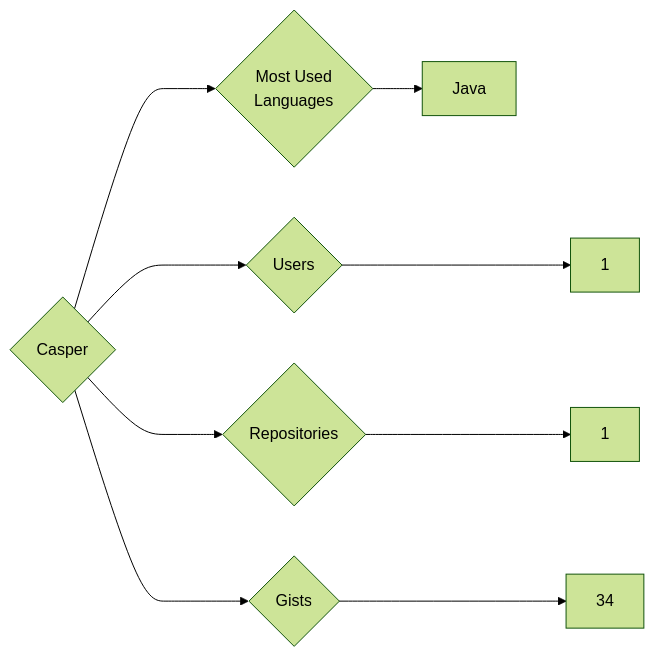
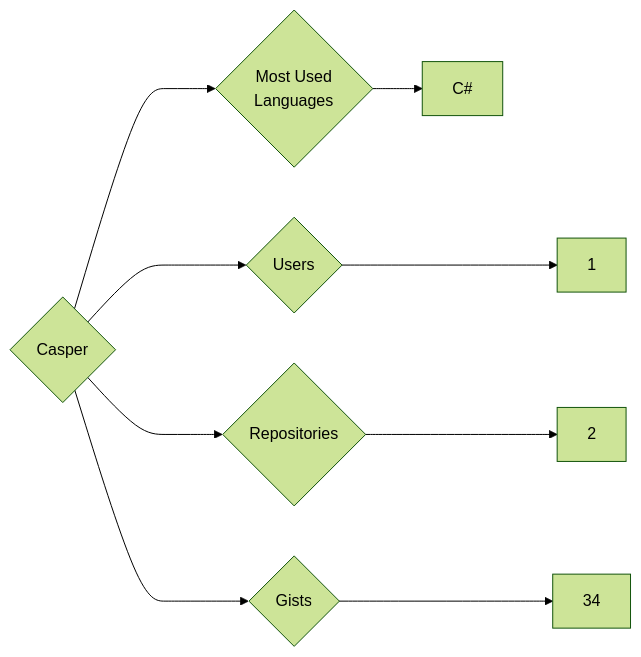
Before and after one commit to trickest/insiders: the diagram in targets/Casper/README.md, drawn with Mermaid (forest theme). The commit also changed 1023 other files, not shown here.

````diff
--- a/targets/Casper/README.md
+++ b/targets/Casper/README.md
@@ -3,9 +3,9 @@
 ```mermaid
 graph LR
 COMPANY_NAME{Casper}
 COMPANY_NAME ---> U{Users} ---> UN[1]
-COMPANY_NAME ---> R{Repositories} ---> RN[1]
+COMPANY_NAME ---> R{Repositories} ---> RN[2]
 COMPANY_NAME ---> G{Gists} ---> GN[34]
 COMPANY_NAME ---> ML{Most Used<br>Languages}
-ML --> Java[Java]
+ML --> C#[C#]
 ```
````
